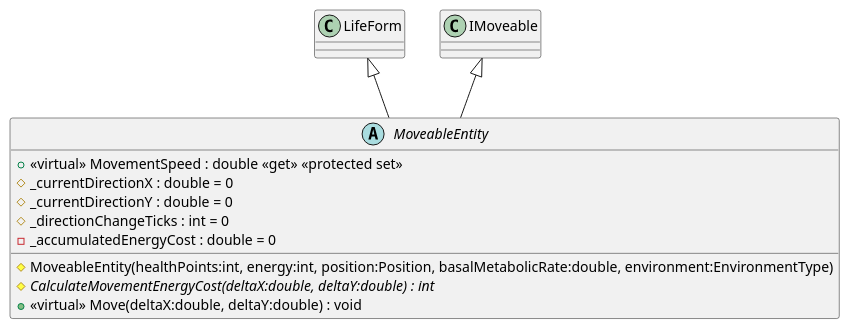
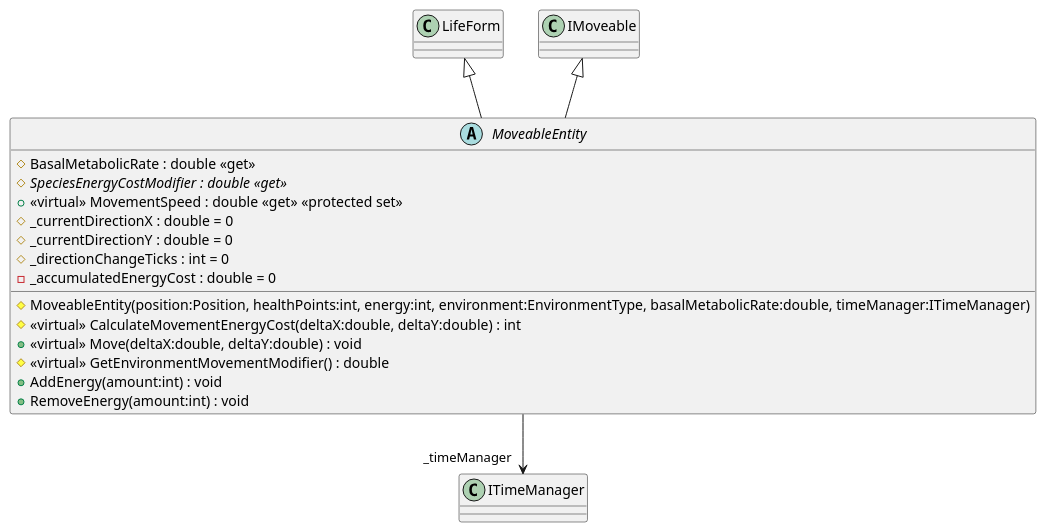
One commit to I42I/ecosystem changed the diagram in plantuml/Models/Behaviors/Movement/MoveableEntity.puml. Above: the diagram before and after it, drawn with PlantUML. The commit also changed 64 other files, not shown here.

Commit message:
plantuml

```diff
--- a/plantuml/Models/Behaviors/Movement/MoveableEntity.puml
+++ b/plantuml/Models/Behaviors/Movement/MoveableEntity.puml
@@ -1,14 +1,20 @@
 @startuml
 abstract class MoveableEntity {
-    # MoveableEntity(healthPoints:int, energy:int, position:Position, basalMetabolicRate:double, environment:EnvironmentType)
+    # BasalMetabolicRate : double <<get>>
+    # {abstract} SpeciesEnergyCostModifier : double <<get>>
+    # MoveableEntity(position:Position, healthPoints:int, energy:int, environment:EnvironmentType, basalMetabolicRate:double, timeManager:ITimeManager)
     + <<virtual>> MovementSpeed : double <<get>> <<protected set>>
-    # {abstract} CalculateMovementEnergyCost(deltaX:double, deltaY:double) : int
+    # <<virtual>> CalculateMovementEnergyCost(deltaX:double, deltaY:double) : int
     # _currentDirectionX : double = 0
     # _currentDirectionY : double = 0
     # _directionChangeTicks : int = 0
+    - _accumulatedEnergyCost : double = 0
     + <<virtual>> Move(deltaX:double, deltaY:double) : void
-    - _accumulatedEnergyCost : double = 0
+    # <<virtual>> GetEnvironmentMovementModifier() : double
+    + AddEnergy(amount:int) : void
+    + RemoveEnergy(amount:int) : void
 }
 LifeForm <|-- MoveableEntity
 IMoveable <|-- MoveableEntity
+MoveableEntity --> "_timeManager" ITimeManager
 @enduml
```
